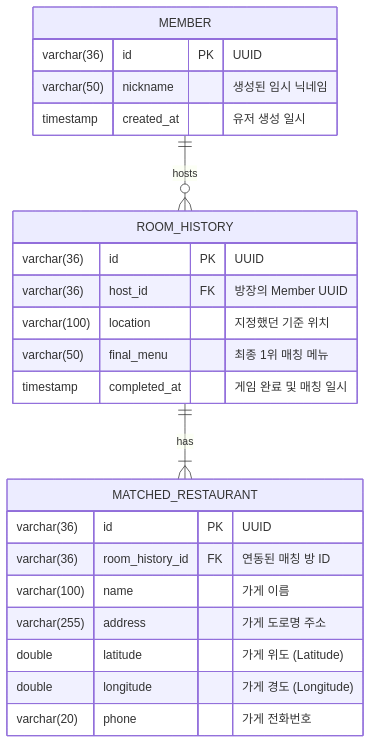
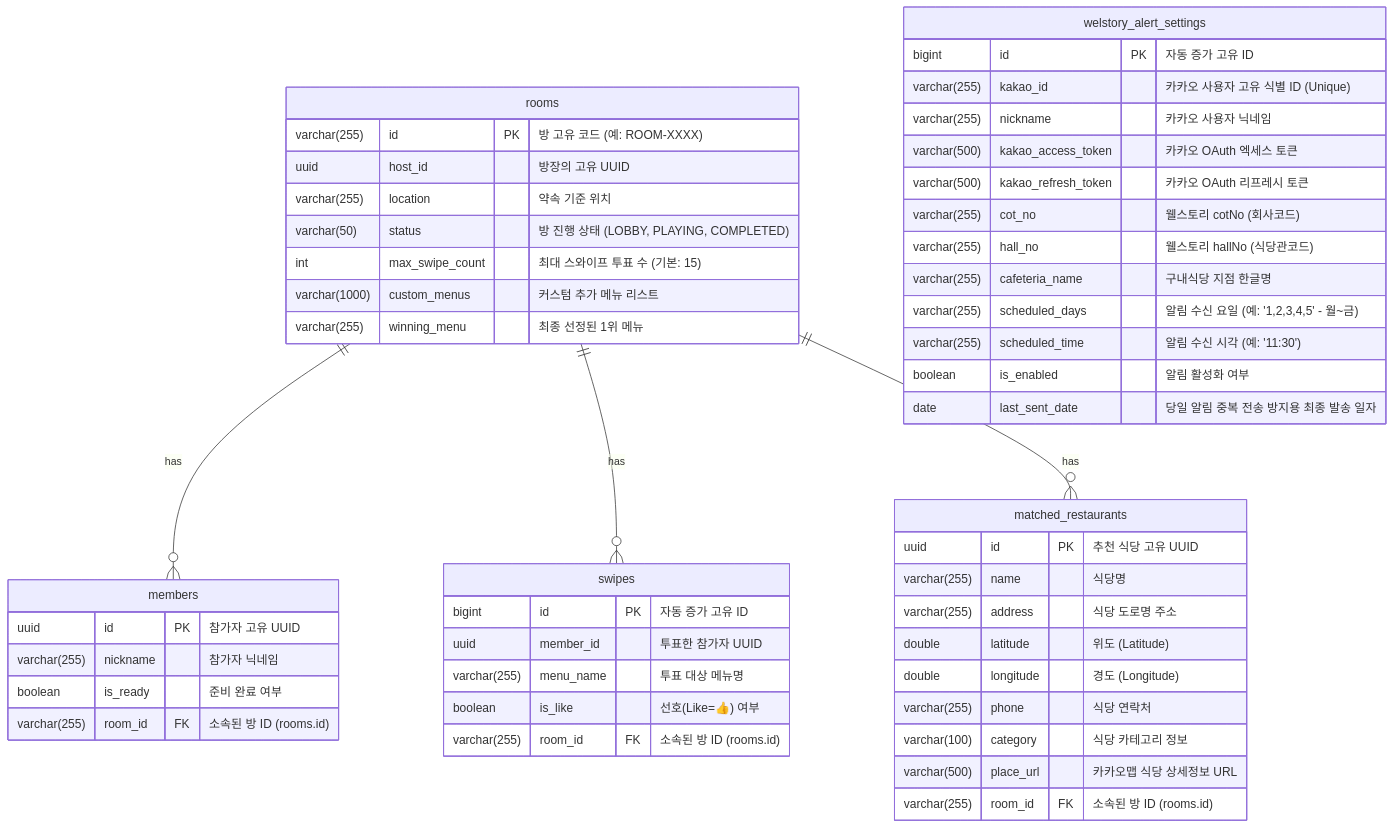
Before and after one commit to ldj4245/AmugeonaBuster: the diagram in docs/erd.md, drawn with Mermaid. The commit also changed other lines of this file and 3 other files, not shown here.

````diff
--- a/docs/erd.md
+++ b/docs/erd.md
@@ -36,29 +36,58 @@
 ```mermaid
 erDiagram
-    MEMBER ||--o{ ROOM_HISTORY : "hosts"
-    ROOM_HISTORY ||--|{ MATCHED_RESTAURANT : "has"
+    rooms ||--o{ members : "has"
+    rooms ||--o{ swipes : "has"
+    rooms ||--o{ matched_restaurants : "has"
 
-    MEMBER {
-        varchar(36) id PK "UUID"
-        varchar(50) nickname "생성된 임시 닉네임"
-        timestamp created_at "유저 생성 일시"
+    rooms {
+        varchar(255) id PK "방 고유 코드 (예: ROOM-XXXX)"
+        uuid host_id "방장의 고유 UUID"
+        varchar(255) location "약속 기준 위치"
+        varchar(50) status "방 진행 상태 (LOBBY, PLAYING, COMPLETED)"
+        int max_swipe_count "최대 스와이프 투표 수 (기본: 15)"
+        varchar(1000) custom_menus "커스텀 추가 메뉴 리스트"
+        varchar(255) winning_menu "최종 선정된 1위 메뉴"
     }
 
-    ROOM_HISTORY {
-        varchar(36) id PK "UUID"
-        varchar(36) host_id FK "방장의 Member UUID"
-        varchar(100) location "지정했던 기준 위치"
-        varchar(50) final_menu "최종 1위 매칭 메뉴"
-        timestamp completed_at "게임 완료 및 매칭 일시"
+    members {
+        uuid id PK "참가자 고유 UUID"
+        varchar(255) nickname "참가자 닉네임"
+        boolean is_ready "준비 완료 여부"
+        varchar(255) room_id FK "소속된 방 ID (rooms.id)"
     }
 
-    MATCHED_RESTAURANT {
-        varchar(36) id PK "UUID"
-        varchar(36) room_history_id FK "연동된 매칭 방 ID"
-        varchar(100) name "가게 이름"
-        varchar(255) address "가게 도로명 주소"
-        double latitude "가게 위도 (Latitude)"
-        double longitude "가게 경도 (Longitude)"
-        varchar(20) phone "가게 전화번호"
+    swipes {
+        bigint id PK "자동 증가 고유 ID"
+        uuid member_id "투표한 참가자 UUID"
+        varchar(255) menu_name "투표 대상 메뉴명"
+        boolean is_like "선호(Like=👍) 여부"
+        varchar(255) room_id FK "소속된 방 ID (rooms.id)"
+    }
+
+    matched_restaurants {
+        uuid id PK "추천 식당 고유 UUID"
+        varchar(255) name "식당명"
+        varchar(255) address "식당 도로명 주소"
+        double latitude "위도 (Latitude)"
+        double longitude "경도 (Longitude)"
+        varchar(255) phone "식당 연락처"
+        varchar(100) category "식당 카테고리 정보"
+        varchar(500) place_url "카카오맵 식당 상세정보 URL"
+        varchar(255) room_id FK "소속된 방 ID (rooms.id)"
+    }
+
+    welstory_alert_settings {
+        bigint id PK "자동 증가 고유 ID"
+        varchar(255) kakao_id "카카오 사용자 고유 식별 ID (Unique)"
+        varchar(255) nickname "카카오 사용자 닉네임"
+        varchar(500) kakao_access_token "카카오 OAuth 엑세스 토큰"
+        varchar(500) kakao_refresh_token "카카오 OAuth 리프레시 토큰"
+        varchar(255) cot_no "웰스토리 cotNo (회사코드)"
+        varchar(255) hall_no "웰스토리 hallNo (식당관코드)"
+        varchar(255) cafeteria_name "구내식당 지점 한글명"
+        varchar(255) scheduled_days "알림 수신 요일 (예: '1,2,3,4,5' - 월~금)"
+        varchar(255) scheduled_time "알림 수신 시각 (예: '11:30')"
+        boolean is_enabled "알림 활성화 여부"
+        date last_sent_date "당일 알림 중복 전송 방지용 최종 발송 일자"
     }
 ```
````
